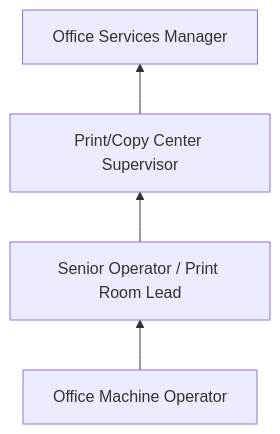
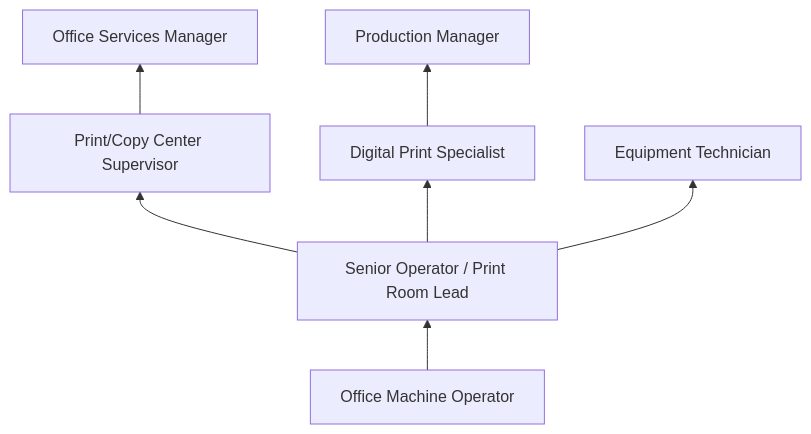
The third of 4 diagrams in occupations/Administrative/OfficeMachineOperatorsExceptComputer.mdx (kziemski/business.org.ai), drawn with Mermaid before and after one commit. The commit also changed other lines of this file and 19 other files, not shown here.

````diff
--- a/occupations/Administrative/OfficeMachineOperatorsExceptComputer.mdx
+++ b/occupations/Administrative/OfficeMachineOperatorsExceptComputer.mdx
@@ -74,6 +171,11 @@
 ```mermaid
 graph BT
     Entry["Office Machine Operator"] --> Mid["Senior Operator / Print Room Lead"]
     Mid --> Supervisor["Print/Copy Center Supervisor"]
     Supervisor --> Manager["Office Services Manager"]
+
+    Mid --> Specialist["Digital Print Specialist"]
+    Specialist --> Production["Production Manager"]
+
+    Mid --> Tech["Equipment Technician"]
 ```
````
